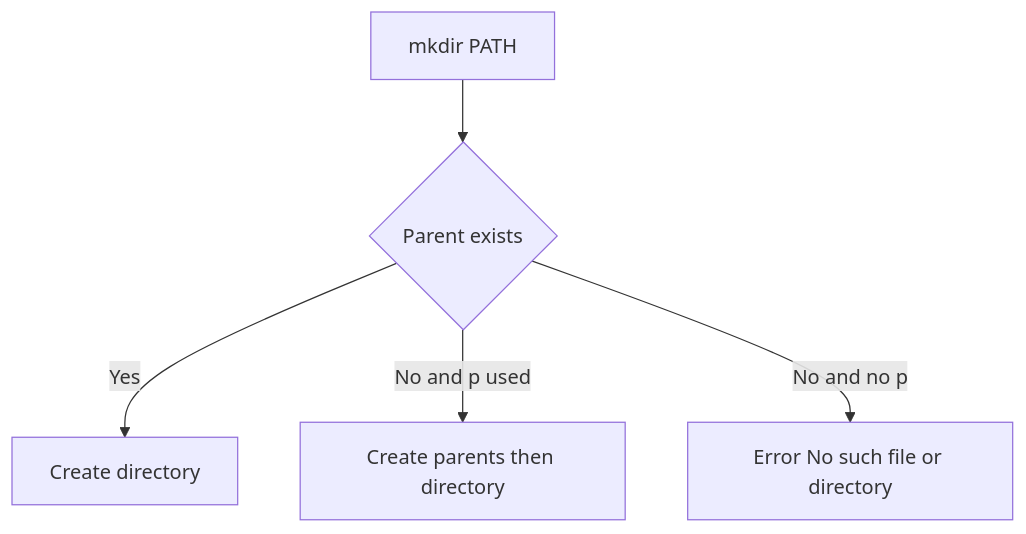
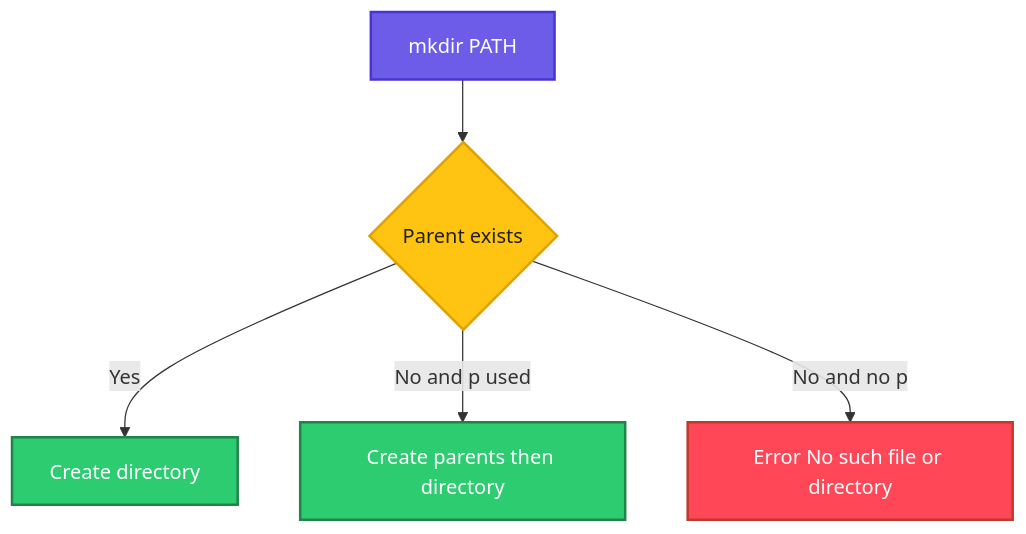
One commit to codeKerdosTech/DevOps-Documentation changed the diagram in linux/file-management/mkdir.md. Above: the diagram before and after it, drawn with Mermaid. The commit also changed 16 other files, not shown here.

````diff
--- a/linux/file-management/mkdir.md
+++ b/linux/file-management/mkdir.md
@@ -14,7 +14,18 @@
 ```mermaid
 flowchart TD
     A[mkdir PATH] --> B{Parent exists}
     B -->|Yes| C[Create directory]
     B -->|No and p used| D[Create parents then directory]
     B -->|No and no p| E[Error No such file or directory]
+    classDef start fill:#6C5CE7,stroke:#4834D4,stroke-width:2px,color:#fff
+    classDef proc fill:#00B8D9,stroke:#0087A8,stroke-width:2px,color:#fff
+    classDef dec fill:#FFC312,stroke:#E1A100,stroke-width:2px,color:#222
+    classDef ok fill:#2ECC71,stroke:#1E8449,stroke-width:2px,color:#fff
+    classDef err fill:#FF4757,stroke:#C0392B,stroke-width:2px,color:#fff
+    classDef out fill:#FD79A8,stroke:#E84393,stroke-width:2px,color:#fff
+    classDef alt fill:#FF9F43,stroke:#E67E22,stroke-width:2px,color:#fff
+    class A start
+    class B dec
+    class C,D ok
+    class E err
 ```
````
